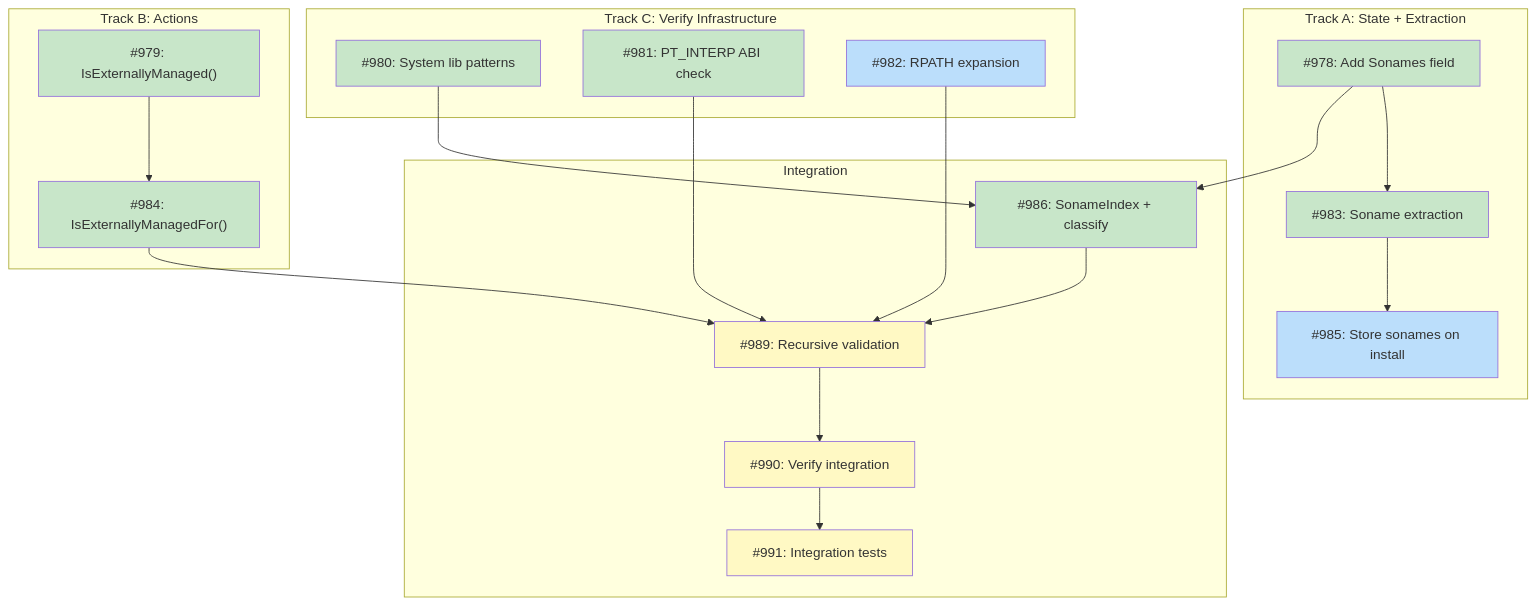
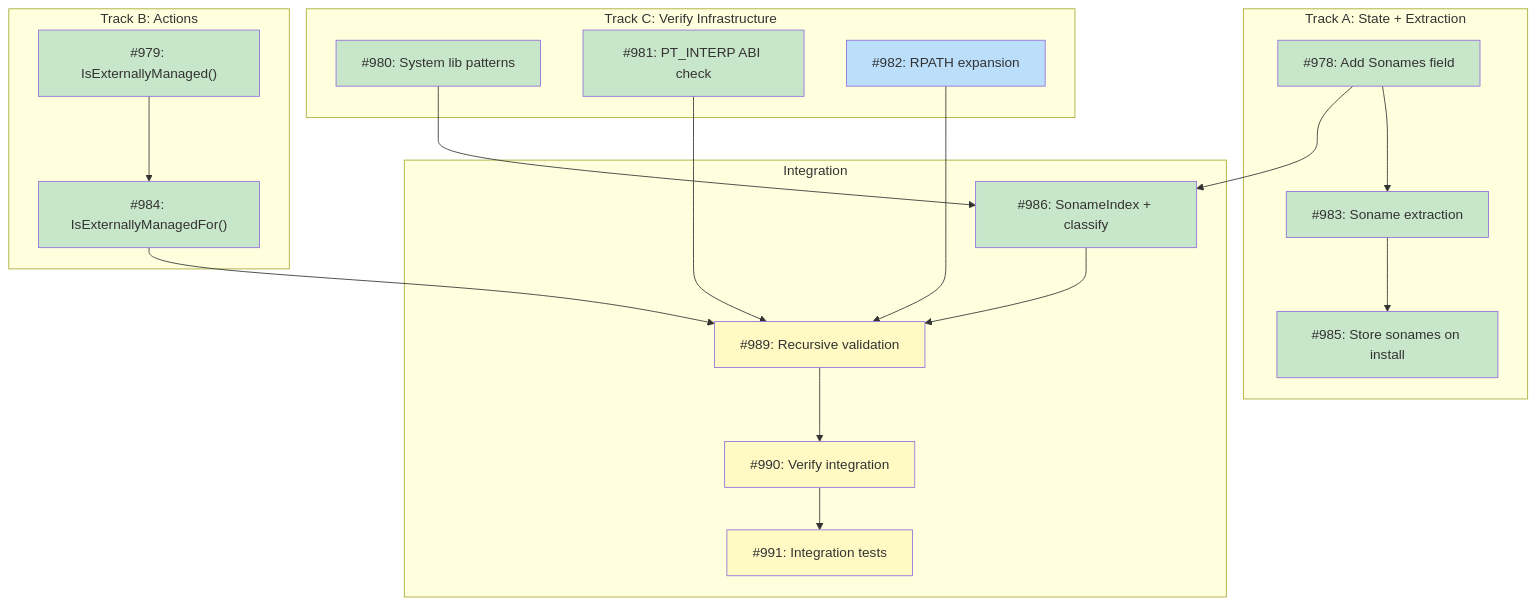
Before and after one commit to tsukumogami/tsuku: the diagram in docs/designs/DESIGN-library-verify-deps.md, drawn with Mermaid. The commit also changed 2 other files, not shown here.

Commit message:
feat(install): extract and store sonames during library installation (#1001)
After library files are copied and checksums computed, call
verify.ExtractSonames() on the library directory and store discovered
sonames in state.json via the UpdateLibrary callback. This completes the
soname auto-discovery pipeline from Track A of the Tier 2 dependency
validation milestone.

````diff
--- a/docs/designs/DESIGN-library-verify-deps.md
+++ b/docs/designs/DESIGN-library-verify-deps.md
@@ -26,47 +26,47 @@
 ```mermaid
 graph TD
     subgraph TrackA["Track A: State + Extraction"]
         I978["#978: Add Sonames field"]
         I983["#983: Soname extraction"]
         I985["#985: Store sonames on install"]
     end
 
     subgraph TrackB["Track B: Actions"]
         I979["#979: IsExternallyManaged()"]
         I984["#984: IsExternallyManagedFor()"]
     end
 
     subgraph TrackC["Track C: Verify Infrastructure"]
         I980["#980: System lib patterns"]
         I981["#981: PT_INTERP ABI check"]
         I982["#982: RPATH expansion"]
     end
 
     subgraph Integration["Integration"]
         I986["#986: SonameIndex + classify"]
         I989["#989: Recursive validation"]
         I990["#990: Verify integration"]
         I991["#991: Integration tests"]
     end
 
     I978 --> I983
     I983 --> I985
     I979 --> I984
     I978 --> I986
     I980 --> I986
     I981 --> I989
     I982 --> I989
     I984 --> I989
     I986 --> I989
     I989 --> I990
     I990 --> I991
 
     classDef done fill:#c8e6c9
     classDef ready fill:#bbdefb
     classDef blocked fill:#fff9c4
     classDef needsDesign fill:#e1bee7
 
-    class I978,I979,I980,I981,I983,I984,I986 done
-    class I982,I985 ready
+    class I978,I979,I980,I981,I983,I984,I985,I986 done
+    class I982 ready
     class I989,I990,I991 blocked
 ```
````
